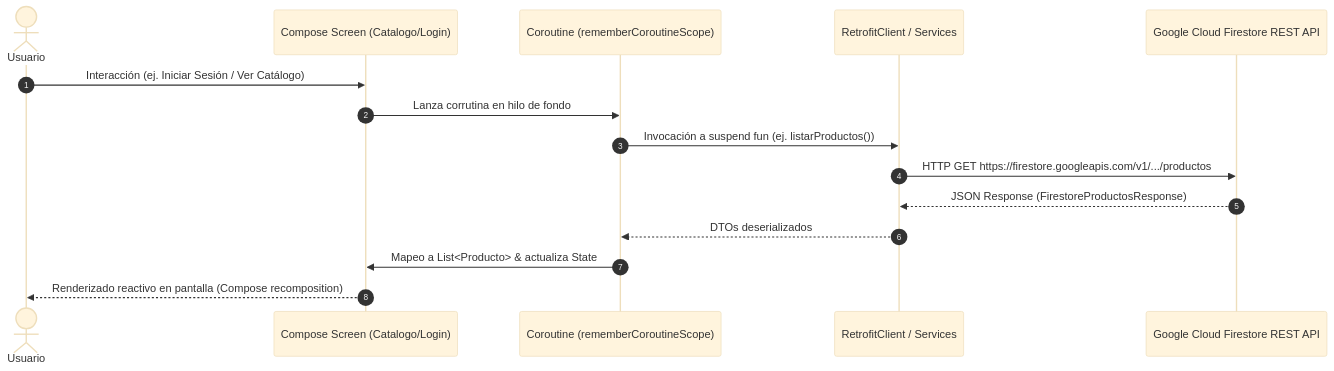
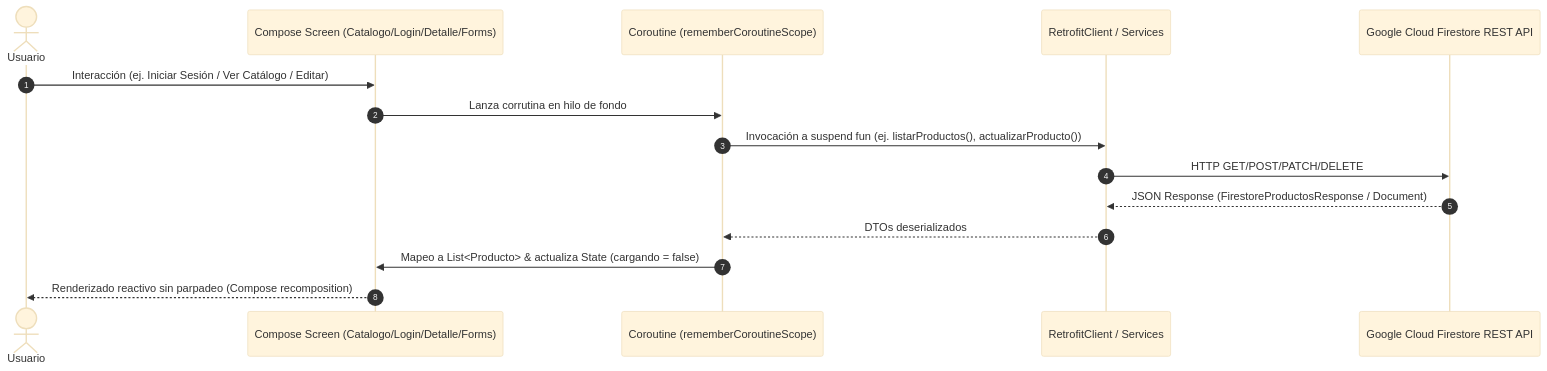
One commit to Fabricio151205/AppMovil_VapeOn changed the second of 2 diagrams in doc/spec.md. Above: the diagram before and after it, drawn with Mermaid (base theme). The commit also changed other lines of this file and 9 other files, not shown here.

````diff
--- a/doc/spec.md
+++ b/doc/spec.md
@@ -94,18 +97,18 @@
 ```mermaid
 sequenceDiagram
     autonumber
     actor Usuario
-    participant UI as Compose Screen (Catalogo/Login)
+    participant UI as Compose Screen (Catalogo/Login/Detalle/Forms)
     participant Scope as Coroutine (rememberCoroutineScope)
     participant Retrofit as RetrofitClient / Services
     participant Firestore as Google Cloud Firestore REST API
 
-    Usuario->>UI: Interacción (ej. Iniciar Sesión / Ver Catálogo)
+    Usuario->>UI: Interacción (ej. Iniciar Sesión / Ver Catálogo / Editar)
     UI->>Scope: Lanza corrutina en hilo de fondo
-    Scope->>Retrofit: Invocación a suspend fun (ej. listarProductos())
-    Retrofit->>Firestore: HTTP GET https://firestore.googleapis.com/v1/.../productos
-    Firestore-->>Retrofit: JSON Response (FirestoreProductosResponse)
+    Scope->>Retrofit: Invocación a suspend fun (ej. listarProductos(), actualizarProducto())
+    Retrofit->>Firestore: HTTP GET/POST/PATCH/DELETE
+    Firestore-->>Retrofit: JSON Response (FirestoreProductosResponse / Document)
     Retrofit-->>Scope: DTOs deserializados
-    Scope->>UI: Mapeo a List<Producto> & actualiza State
-    UI-->>Usuario: Renderizado reactivo en pantalla (Compose recomposition)
+    Scope->>UI: Mapeo a List<Producto> & actualiza State (cargando = false)
+    UI-->>Usuario: Renderizado reactivo sin parpadeo (Compose recomposition)
 ```
````
